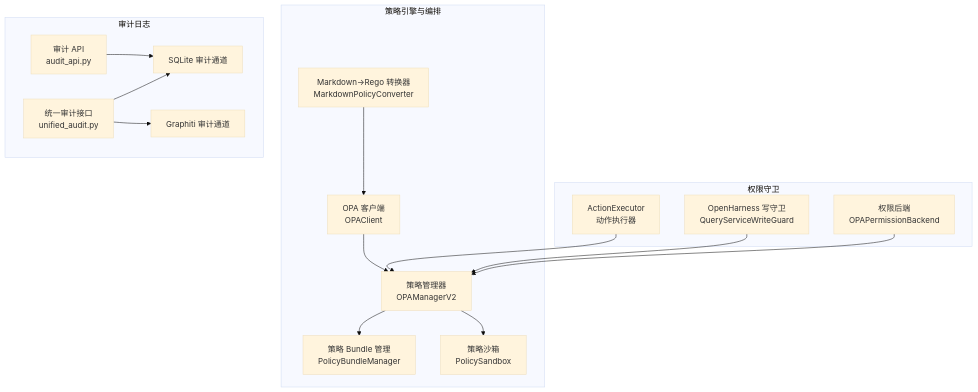
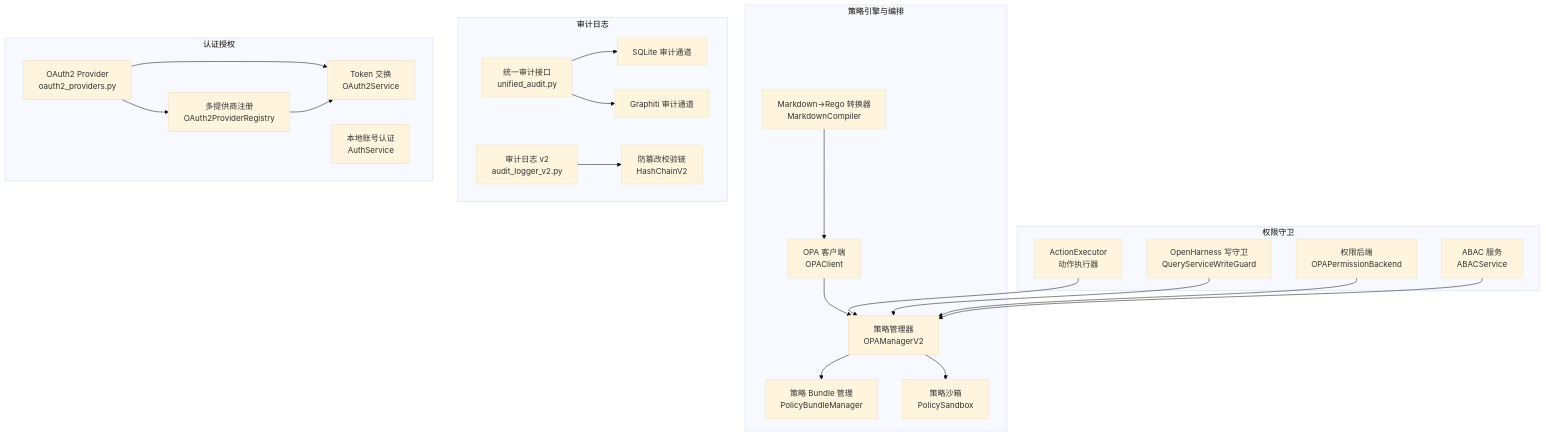
The first of 11 diagrams in .qoder/repowiki/zh/content/项目概述/核心特性/策略治理系统/策略治理系统.md (inier/ontology-graphiti), drawn with Mermaid (base theme) before and after one commit. The commit also changed other lines of this file and 64 other files, not shown here.

````diff
--- a/.qoder/repowiki/zh/content/项目概述/核心特性/策略治理系统/策略治理系统.md
+++ b/.qoder/repowiki/zh/content/项目概述/核心特性/策略治理系统/策略治理系统.md
@@ -48,31 +65,43 @@
 ```mermaid
 graph TB
 subgraph "策略引擎与编排"
 A["OPA 客户端<br/>OPAClient"]
 B["策略管理器<br/>OPAManagerV2"]
 C["策略 Bundle 管理<br/>PolicyBundleManager"]
 D["策略沙箱<br/>PolicySandbox"]
-E["Markdown→Rego 转换器<br/>MarkdownPolicyConverter"]
+E["Markdown→Rego 转换器<br/>MarkdownCompiler"]
 end
 subgraph "权限守卫"
 F["ActionExecutor<br/>动作执行器"]
 G["OpenHarness 写守卫<br/>QueryServiceWriteGuard"]
 H["权限后端<br/>OPAPermissionBackend"]
+I["ABAC 服务<br/>ABACService"]
 end
 subgraph "审计日志"
-I["统一审计接口<br/>unified_audit.py"]
-J["SQLite 审计通道"]
-K["Graphiti 审计通道"]
-L["审计 API<br/>audit_api.py"]
+J["统一审计接口<br/>unified_audit.py"]
+K["SQLite 审计通道"]
+L["Graphiti 审计通道"]
+M["审计日志 v2<br/>audit_logger_v2.py"]
+N["防篡改校验链<br/>HashChainV2"]
+end
+subgraph "认证授权"
+O["OAuth2 Provider<br/>oauth2_providers.py"]
+P["多提供商注册<br/>OAuth2ProviderRegistry"]
+Q["Token 交换<br/>OAuth2Service"]
+R["本地账号认证<br/>AuthService"]
 end
 A --> B
 B --> C
 B --> D
 E --> A
 F --> B
 G --> B
 H --> B
-I --> J
-I --> K
-L --> J
+I --> B
+J --> K
+J --> L
+M --> N
+O --> P
+O --> Q
+P --> Q
 ```
````
